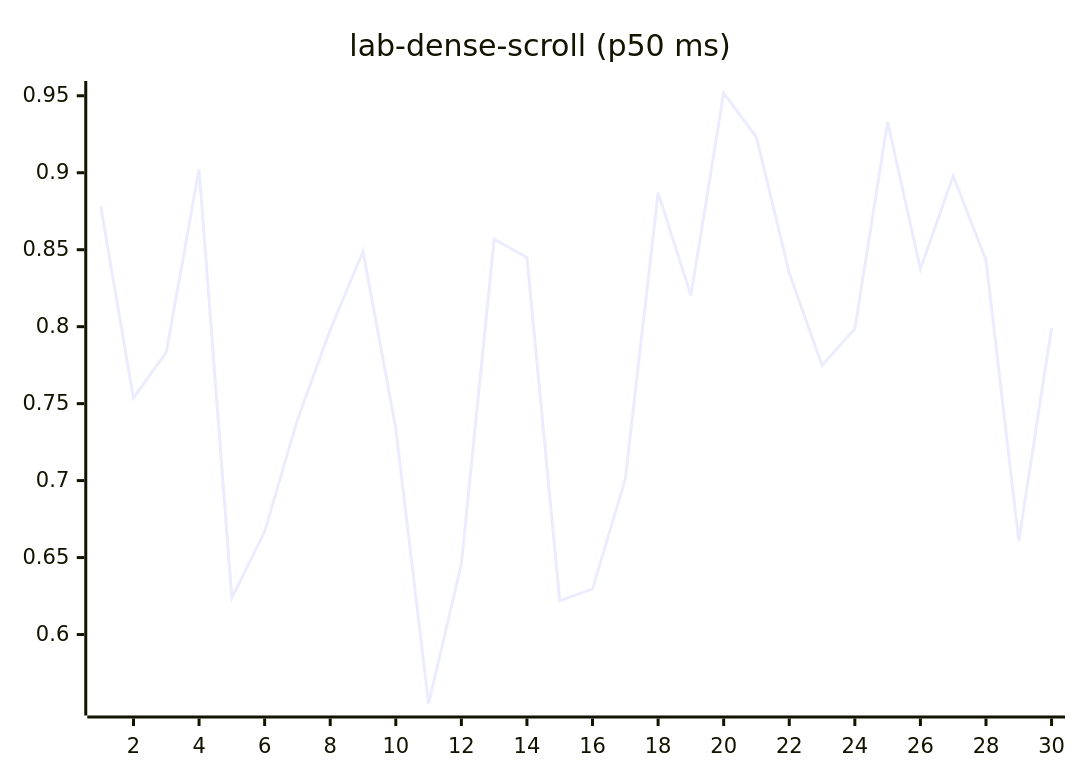
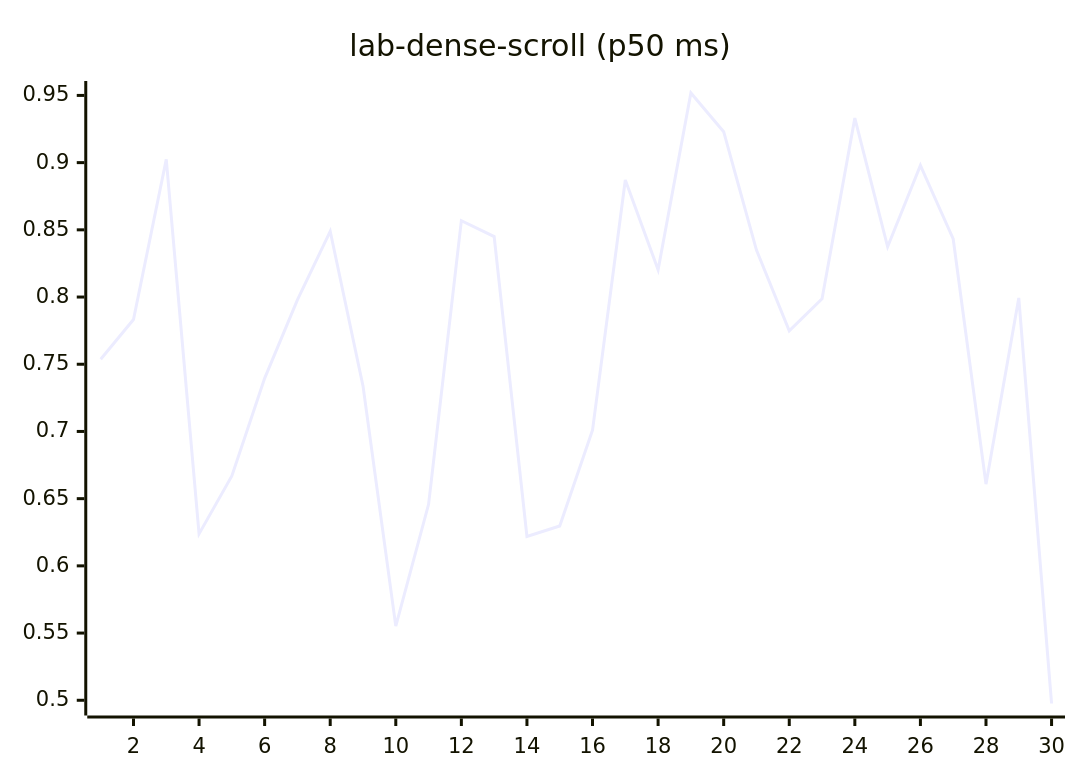
Before and after one commit to josha/Facet: diagram 12 of 27 in README.md, drawn with Mermaid. The commit also changed other lines of this file and 2 other files, not shown here.

````diff
--- a/README.md
+++ b/README.md
@@ -140,6 +140,6 @@
 ```mermaid
 xychart-beta
     title "lab-dense-scroll (p50 ms)"
     x-axis 1 --> 30
-    line [0.8783, 0.7537, 0.7833, 0.9024, 0.6238, 0.6669, 0.7395, 0.7979, 0.8489, 0.7339, 0.5552, 0.6458, 0.8568, 0.8450, 0.6219, 0.6297, 0.7010, 0.8871, 0.8203, 0.9518, 0.9230, 0.8349, 0.7748, 0.7987, 0.9331, 0.8374, 0.8979, 0.8432, 0.6608, 0.7993]
+    line [0.7537, 0.7833, 0.9024, 0.6238, 0.6669, 0.7395, 0.7979, 0.8489, 0.7339, 0.5552, 0.6458, 0.8568, 0.8450, 0.6219, 0.6297, 0.7010, 0.8871, 0.8203, 0.9518, 0.9230, 0.8349, 0.7748, 0.7987, 0.9331, 0.8374, 0.8979, 0.8432, 0.6608, 0.7993, 0.4976]
 ```
````
